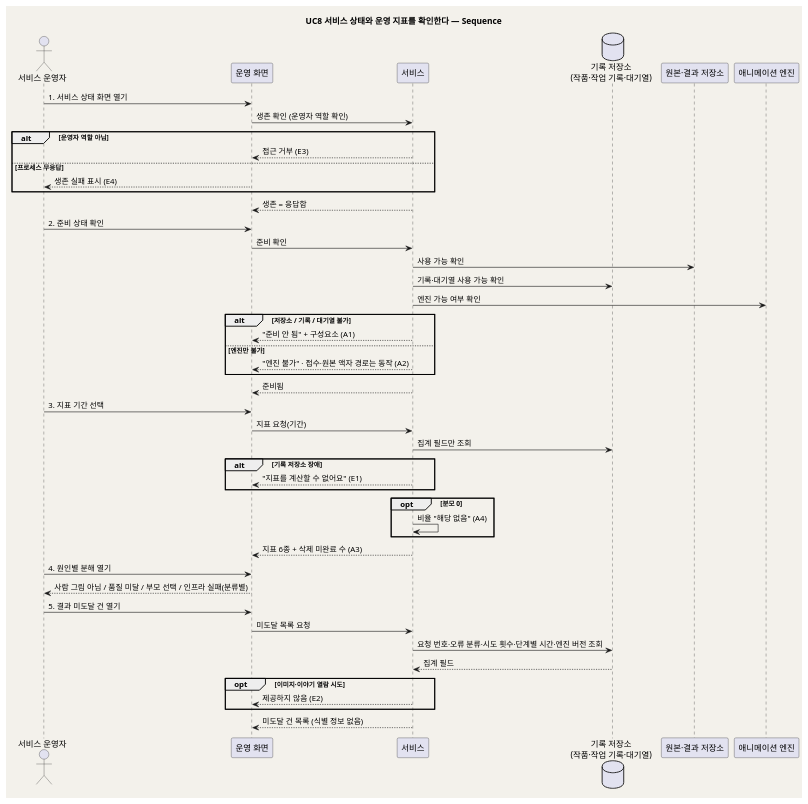
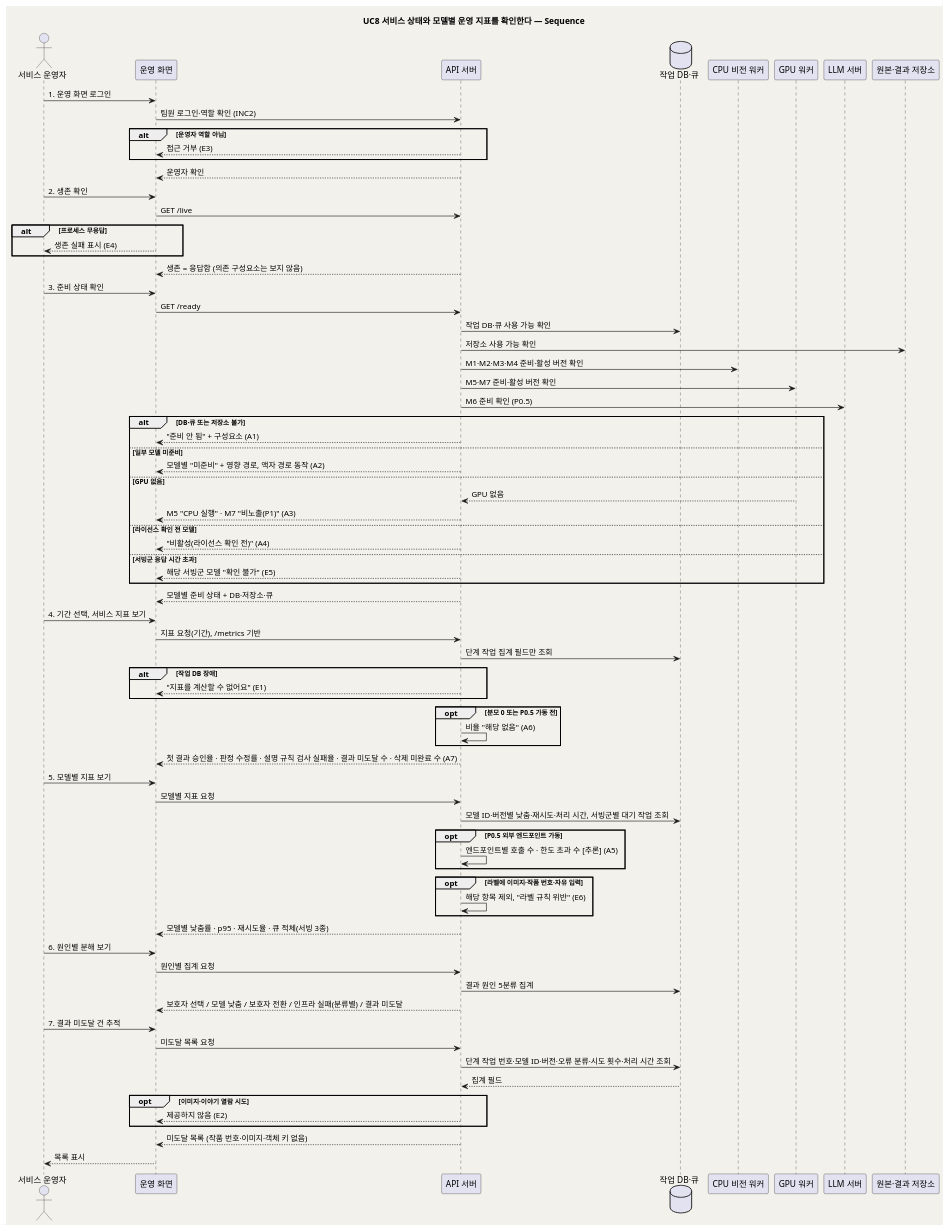
One commit to kids-gallery/uri-gallery changed the second of 2 diagrams in design/UC_08_운영상태지표확인.md. Above: the diagram before and after it, drawn with PlantUML. The commit also changed other lines of this file and 23 other files, not shown here.

````diff
--- a/design/UC_08_운영상태지표확인.md
+++ b/design/UC_08_운영상태지표확인.md
@@ -165,58 +181,88 @@
 ```plantuml
-@startuml seq_family_gallery_08
+@startuml seq_our_child_gallery_08
 skinparam backgroundColor #F3F1EB
 skinparam shadowing false
-title UC8 서비스 상태와 운영 지표를 확인한다 — Sequence
+title UC8 서비스 상태와 모델별 운영 지표를 확인한다 — Sequence
 
 actor "서비스 운영자" as Ops
 participant "운영 화면" as OUI
-participant "서비스" as SVC
-database "기록 저장소\n(작품·작업 기록·대기열)" as DB
+participant "API 서버" as API
+database "작업 DB·큐" as DB
+participant "CPU 비전 워커" as CPU
+participant "GPU 워커" as GPU
+participant "LLM 서버" as LLM
 participant "원본·결과 저장소" as Store
-participant "애니메이션 엔진" as Engine
 
-Ops -> OUI : 1. 서비스 상태 화면 열기
-OUI -> SVC : 생존 확인 (운영자 역할 확인)
+Ops -> OUI : 1. 운영 화면 로그인
+OUI -> API : 팀원 로그인·역할 확인 (INC2)
 alt 운영자 역할 아님
-  SVC --> OUI : 접근 거부 (E3)
-else 프로세스 무응답
+  API --> OUI : 접근 거부 (E3)
+end
+API --> OUI : 운영자 확인
+
+Ops -> OUI : 2. 생존 확인
+OUI -> API : GET /live
+alt 프로세스 무응답
   OUI --> Ops : 생존 실패 표시 (E4)
 end
-SVC --> OUI : 생존 = 응답함
+API --> OUI : 생존 = 응답함 (의존 구성요소는 보지 않음)
 
-Ops -> OUI : 2. 준비 상태 확인
-OUI -> SVC : 준비 확인
-SVC -> Store : 사용 가능 확인
-SVC -> DB : 기록·대기열 사용 가능 확인
-SVC -> Engine : 엔진 가능 여부 확인
-alt 저장소 / 기록 / 대기열 불가
-  SVC --> OUI : "준비 안 됨" + 구성요소 (A1)
-else 엔진만 불가
-  SVC --> OUI : "엔진 불가" · 접수·원본 액자 경로는 동작 (A2)
+Ops -> OUI : 3. 준비 상태 확인
+OUI -> API : GET /ready
+API -> DB : 작업 DB·큐 사용 가능 확인
+API -> Store : 저장소 사용 가능 확인
+API -> CPU : M1·M2·M3·M4 준비·활성 버전 확인
+API -> GPU : M5·M7 준비·활성 버전 확인
+API -> LLM : M6 준비 확인 (P0.5)
+alt DB·큐 또는 저장소 불가
+  API --> OUI : "준비 안 됨" + 구성요소 (A1)
+else 일부 모델 미준비
+  API --> OUI : 모델별 "미준비" + 영향 경로, 액자 경로 동작 (A2)
+else GPU 없음
+  GPU --> API : GPU 없음
+  API --> OUI : M5 "CPU 실행" · M7 "비노출(P1)" (A3)
+else 라이선스 확인 전 모델
+  API --> OUI : "비활성(라이선스 확인 전)" (A4)
+else 서빙군 응답 시간 초과
+  API --> OUI : 해당 서빙군 모델 "확인 불가" (E5)
 end
-SVC --> OUI : 준비됨
+API --> OUI : 모델별 준비 상태 + DB·저장소·큐
 
-Ops -> OUI : 3. 지표 기간 선택
-OUI -> SVC : 지표 요청(기간)
-SVC -> DB : 집계 필드만 조회
-alt 기록 저장소 장애
-  SVC --> OUI : "지표를 계산할 수 없어요" (E1)
+Ops -> OUI : 4. 기간 선택, 서비스 지표 보기
+OUI -> API : 지표 요청(기간), /metrics 기반
+API -> DB : 단계 작업 집계 필드만 조회
+alt 작업 DB 장애
+  API --> OUI : "지표를 계산할 수 없어요" (E1)
 end
-opt 분모 0
-  SVC -> SVC : 비율 "해당 없음" (A4)
+opt 분모 0 또는 P0.5 가동 전
+  API -> API : 비율 "해당 없음" (A6)
 end
-SVC --> OUI : 지표 6종 + 삭제 미완료 수 (A3)
+API --> OUI : 첫 결과 승인율 · 판정 수정률 · 설명 규칙 검사 실패율 · 결과 미도달 수 · 삭제 미완료 수 (A7)
 
-Ops -> OUI : 4. 원인별 분해 열기
-OUI --> Ops : 사람 그림 아님 / 품질 미달 / 부모 선택 / 인프라 실패(분류별)
+Ops -> OUI : 5. 모델별 지표 보기
+OUI -> API : 모델별 지표 요청
+API -> DB : 모델 ID·버전별 낮춤·재시도·처리 시간, 서빙군별 대기 작업 조회
+opt P0.5 외부 엔드포인트 가동
+  API -> API : 엔드포인트별 호출 수 · 한도 초과 수 [추론] (A5)
+end
+opt 라벨에 이미지·작품 번호·자유 입력
+  API -> API : 해당 항목 제외, "라벨 규칙 위반" (E6)
+end
+API --> OUI : 모델별 낮춤률 · p95 · 재시도율 · 큐 적체(서빙 3종)
 
-Ops -> OUI : 5. 결과 미도달 건 열기
-OUI -> SVC : 미도달 목록 요청
-SVC -> DB : 요청 번호·오류 분류·시도 횟수·단계별 시간·엔진 버전 조회
-DB --> SVC : 집계 필드
+Ops -> OUI : 6. 원인별 분해 보기
+OUI -> API : 원인별 집계 요청
+API -> DB : 결과 원인 5분류 집계
+API --> OUI : 보호자 선택 / 모델 낮춤 / 보호자 전환 / 인프라 실패(분류별) / 결과 미도달
+
+Ops -> OUI : 7. 결과 미도달 건 추적
+OUI -> API : 미도달 목록 요청
+API -> DB : 단계 작업 번호·모델 ID·버전·오류 분류·시도 횟수·처리 시간 조회
+DB --> API : 집계 필드
 opt 이미지·이야기 열람 시도
-  SVC --> OUI : 제공하지 않음 (E2)
+  API --> OUI : 제공하지 않음 (E2)
 end
-SVC --> OUI : 미도달 건 목록 (식별 정보 없음)
+API --> OUI : 미도달 목록 (작품 번호·이미지·객체 키 없음)
+OUI --> Ops : 목록 표시
 @enduml
 ```
````
